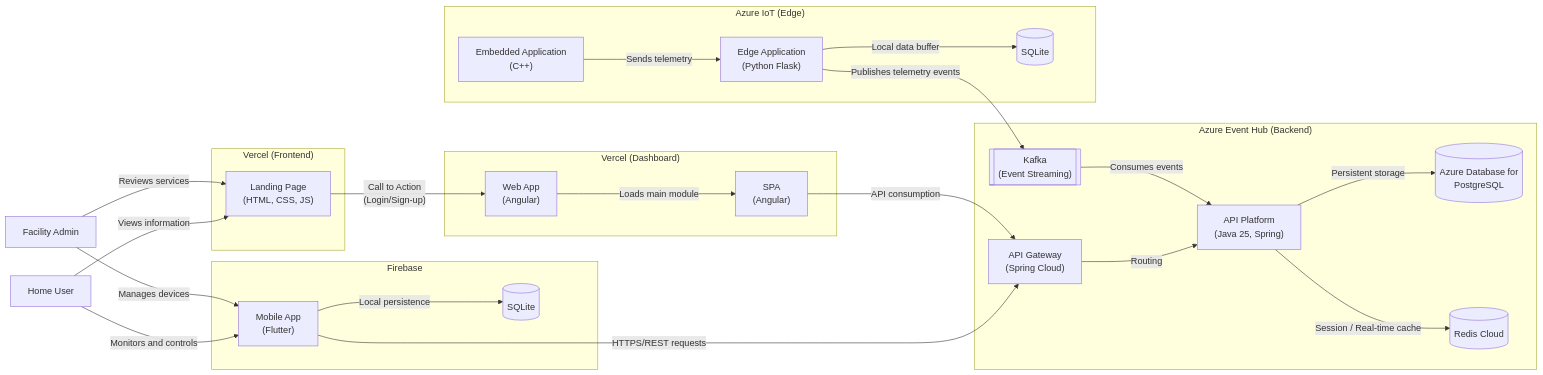
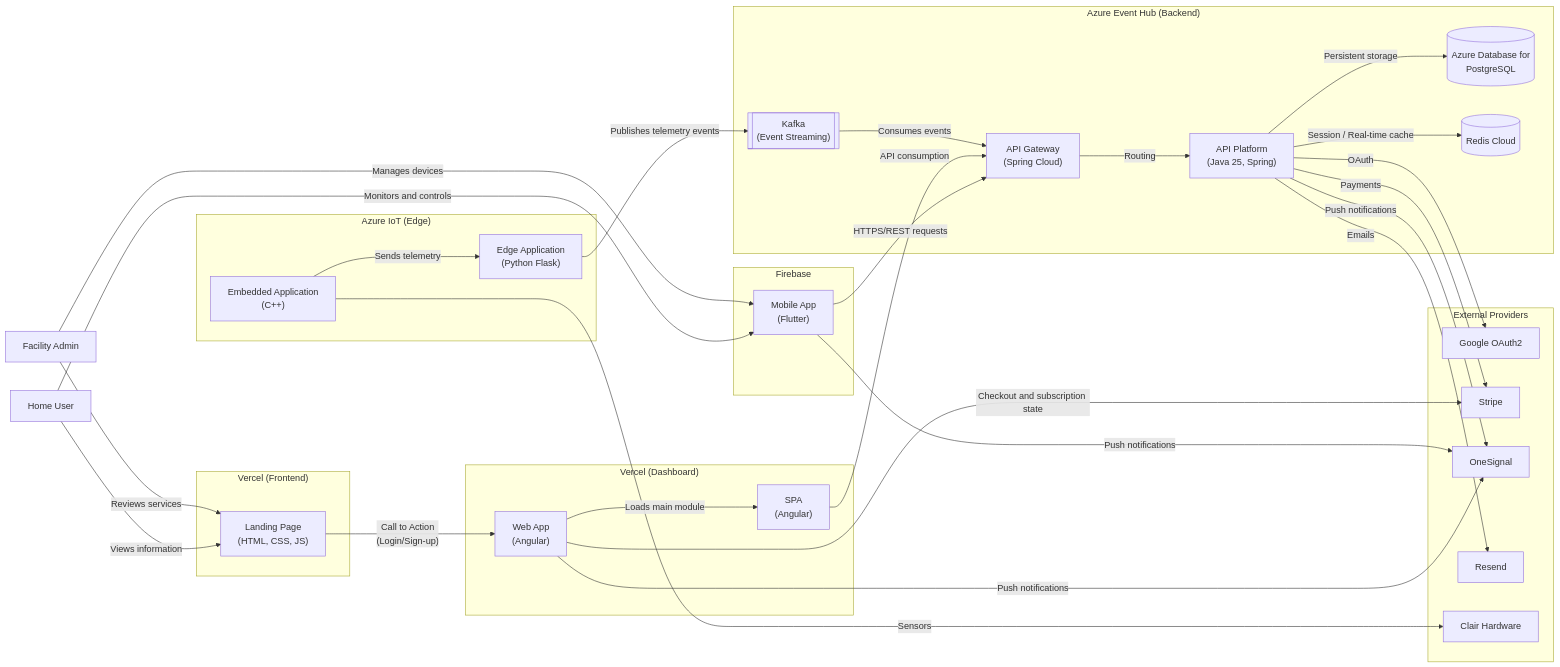
Before and after one commit to Vanana-Desarrollo-de-Soluciones-IOT/c4-diagrams: the diagram in deploy/deploy.md, drawn with Mermaid. The commit also changed 2 other files, not shown here.

Commit message:
feat: update deployment diagrams to include OneSignal and refine external provider integrations

````diff
--- a/deploy/deploy.md
+++ b/deploy/deploy.md
@@ -8,7 +8,15 @@
 %% Firebase
 subgraph firebase["Firebase"]
     mobileapp["Mobile App<br/>(Flutter)"]
-    sqlite_mobile[("SQLite")]
+end
+
+%% External Providers
+subgraph external["External Providers"]
+    google["Google OAuth2"]
+    stripe["Stripe"]
+    onesignal["OneSignal"]
+    resend["Resend"]
+    hardware["Clair Hardware"]
 end
 
 %% Vercel Frontend
@@ -35,7 +43,6 @@
 subgraph edgegroup["Azure IoT (Edge)"]
     embedded["Embedded Application<br/>(C++)"]
     edge["Edge Application<br/>(Python Flask)"]
-    sqlite_edge[("SQLite")]
 end
 
 %% User Relationships
@@ -49,8 +56,10 @@
 webapp -->|"Loads main module"| spa
 
 %% Mobile & Web Connections
-mobileapp -->|"Local persistence"| sqlite_mobile
 mobileapp -->|"HTTPS/REST requests"| gateway
+webapp -->|"Checkout and subscription state"| stripe
+webapp -->|"Push notifications"| onesignal
+mobileapp -->|"Push notifications"| onesignal
 spa -->|"API consumption"| gateway
 
 %% Backend Orchestration
@@ -59,10 +68,16 @@
 platform -->|"Session / Real-time cache"| redis
 
 %% Event Processing
-edge -->|"Publishes telemetry events"| kafka
-kafka -->|"Consumes events"| platform
+ edge -->|"Publishes telemetry events"| kafka
+ kafka -->|"Consumes events"| gateway
+
+%% External Provider Integrations
+platform -->|"OAuth"| google
+platform -->|"Payments"| stripe
+platform -->|"Push notifications"| onesignal
+platform -->|"Emails"| resend
+embedded -->|"Sensors"| hardware
 
 %% IoT / Edge Flow
 embedded -->|"Sends telemetry"| edge
-edge -->|"Local data buffer"| sqlite_edge
 ```
````
